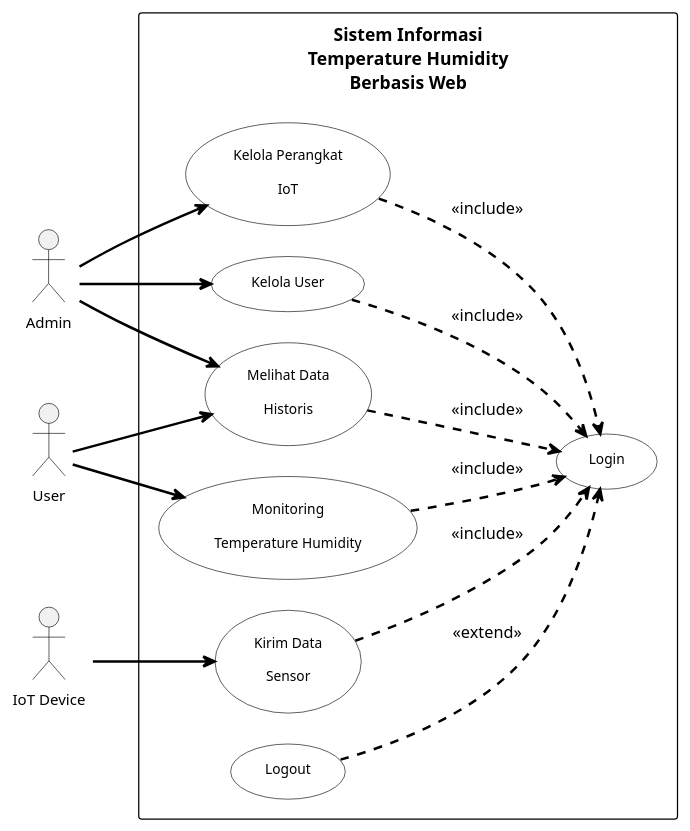
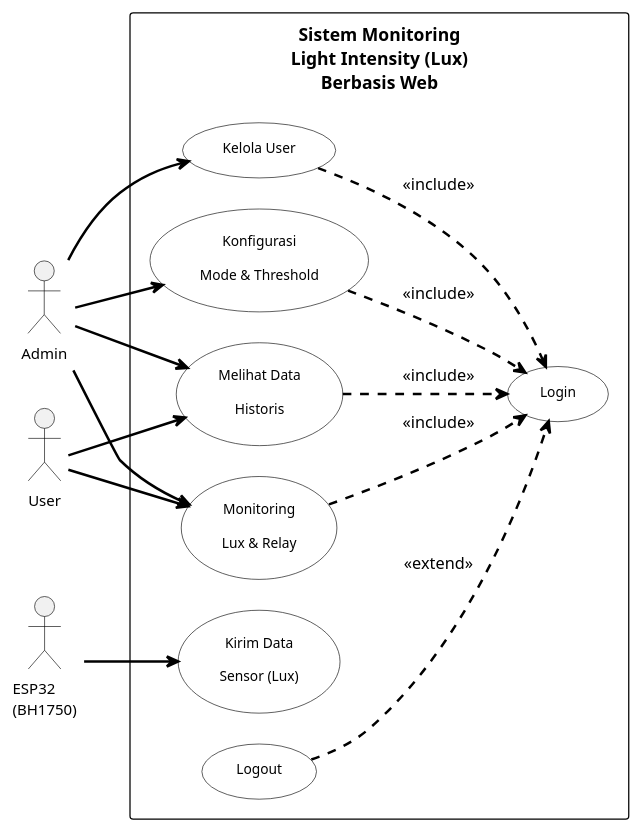
One commit to C-PPAW-TI503P-2025/Project-Kelompok6-Cahaya changed the diagram in diagramproject/usecase.puml. Above: the diagram before and after it, drawn with PlantUML. The commit also changed 7 other files, not shown here.

Commit message:
Memperbarui semua diagram UML agar sesuai dengan implementasi BH1750 Twilight Switch

```diff
--- a/diagramproject/usecase.puml
+++ b/diagramproject/usecase.puml
@@ -1,63 +1,63 @@
 @startuml
 left to right direction
 skinparam packageStyle rectangle
 skinparam padding 6
 skinparam BackgroundColor white
 skinparam usecaseBackgroundColor white
 skinparam usecaseBorderColor black
 skinparam actorBorderColor black
 skinparam packageBackgroundColor white
 skinparam packageBorderColor black
 skinparam ArrowColor black
 skinparam usecasePadding 15
 skinparam packagePadding 20
 skinparam actorPadding 10
 skinparam ArrowThickness 2
 skinparam Shadowing false
 skinparam usecaseFontSize 11
 skinparam actorFontSize 12
 skinparam packageFontSize 13
 skinparam nodesep 25
 skinparam ranksep 40
 
 ' Actors
 actor "Admin" as admin
 actor "User" as user
-actor "IoT Device" as iot
+actor "ESP32\n(BH1750)" as iot
 
 ' System boundary
-rectangle "Sistem Informasi\nTemperature Humidity\nBerbasis Web" {
+rectangle "Sistem Monitoring\nLight Intensity (Lux)\nBerbasis Web" {
   
   ' Use Cases
-  usecase "Kelola Perangkat\nIoT" as UC1
-  usecase "Kelola User" as UC2
-  usecase "Melihat Data\nHistoris" as UC3
-  usecase "Monitoring\nTemperature Humidity" as UC4
-  usecase "Kirim Data\nSensor" as UC5
+  usecase "Kelola User" as UC1
+  usecase "Melihat Data\nHistoris" as UC2
+  usecase "Monitoring\nLux & Relay" as UC3
+  usecase "Konfigurasi\nMode & Threshold" as UC4
+  usecase "Kirim Data\nSensor (Lux)" as UC5
   
   ' Authentication
   usecase "Login" as login
   usecase "Logout" as logout
 }
 
 ' Actor to Use Case Relationships
 admin --> UC1
 admin --> UC2
 admin --> UC3
+admin --> UC4
 
+user --> UC2
 user --> UC3
-user --> UC4
 
 iot --> UC5
 
-' Include relationships - all use cases include Login
+' Include relationships - all use cases include Login (except IoT)
 UC1 ..> login : <<include>>
 UC2 ..> login : <<include>>
 UC3 ..> login : <<include>>
 UC4 ..> login : <<include>>
-UC5 ..> login : <<include>>
 
 ' Extend relationship - Logout extends Login
 logout ..> login : <<extend>>
 
 @enduml
```
